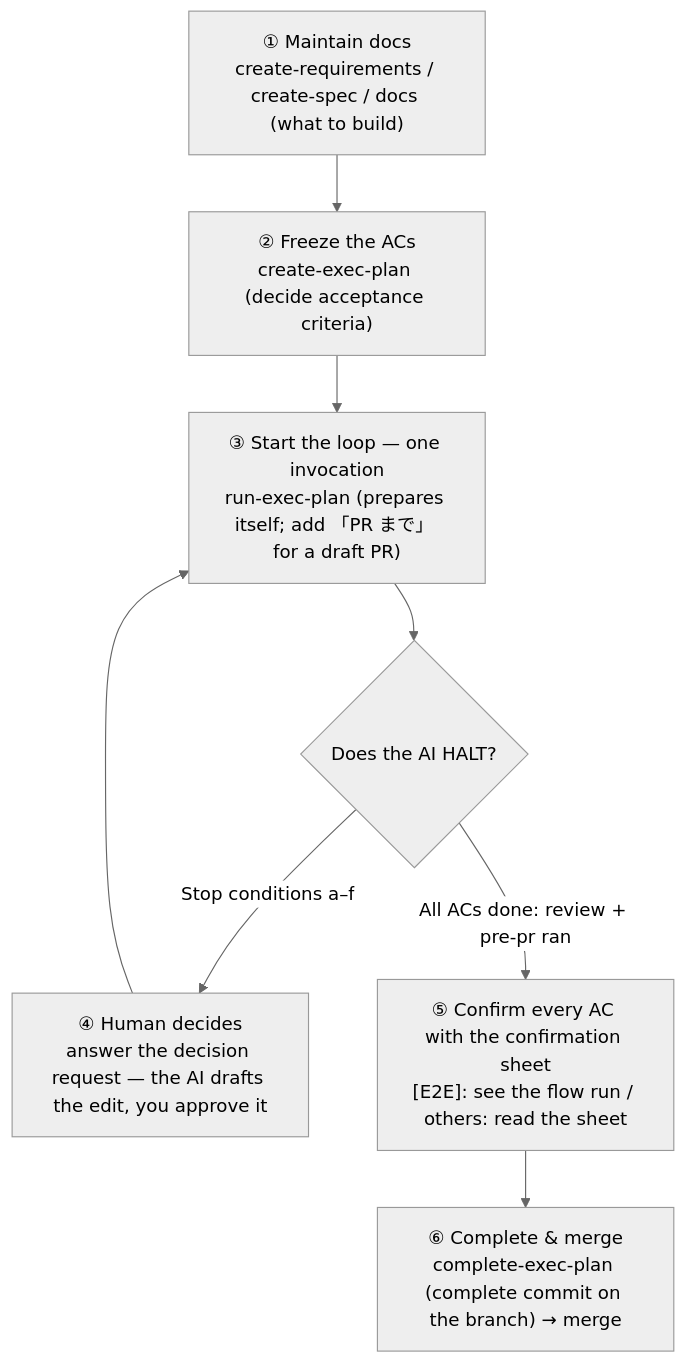
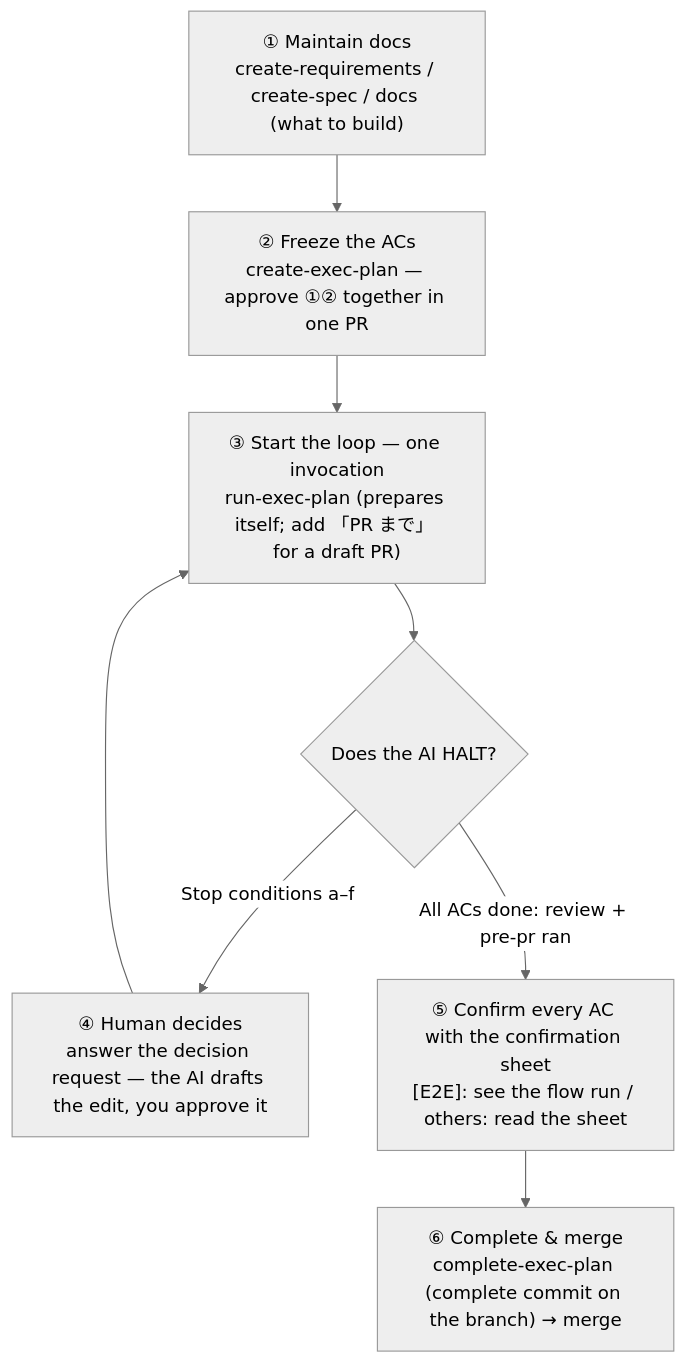
One commit to aki-senri/DocDDTemplate changed the diagram in ONBOARDING.md. Above: the diagram before and after it, drawn with Mermaid (neutral theme). The commit also changed other lines of this file and 13 other files, not shown here.

````diff
--- a/ONBOARDING.md
+++ b/ONBOARDING.md
@@ -334,11 +334,11 @@
 ```mermaid
 flowchart TD
     A["① Maintain docs<br/>create-requirements / create-spec / docs (what to build)"] --> B
-    B["② Freeze the ACs<br/>create-exec-plan (decide acceptance criteria)"] --> C
+    B["② Freeze the ACs<br/>create-exec-plan — approve ①② together in one PR"] --> C
     C["③ Start the loop — one invocation<br/>run-exec-plan (prepares itself; add 「PR まで」 for a draft PR)"]
     C --> D{Does the AI HALT?}
     D -->|Stop conditions a–f| E["④ Human decides<br/>answer the decision request — the AI drafts the edit, you approve it"]
     E --> C
     D -->|All ACs done: review + pre-pr ran| F["⑤ Confirm every AC with the confirmation sheet<br/>[E2E]: see the flow run / others: read the sheet"]
     F --> G["⑥ Complete & merge<br/>complete-exec-plan (complete commit on the branch) → merge"]
 ```
````
